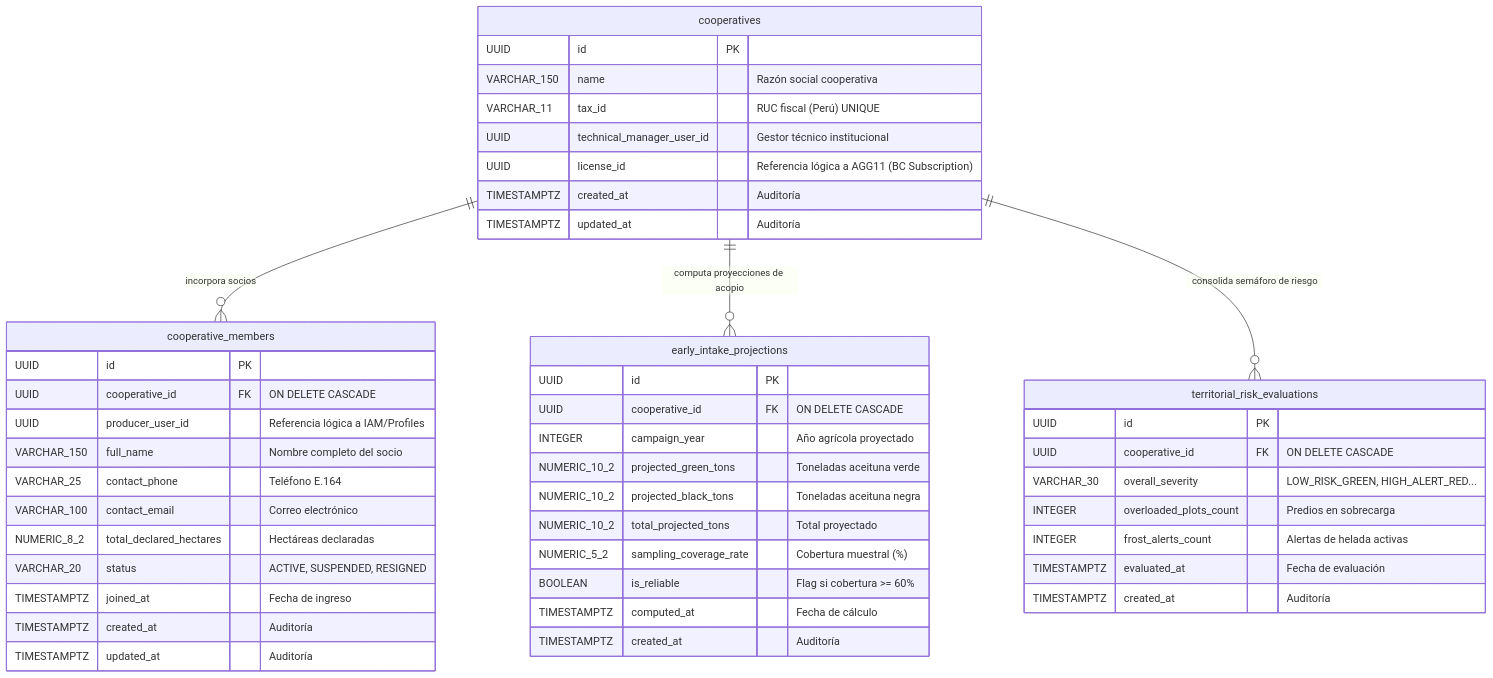
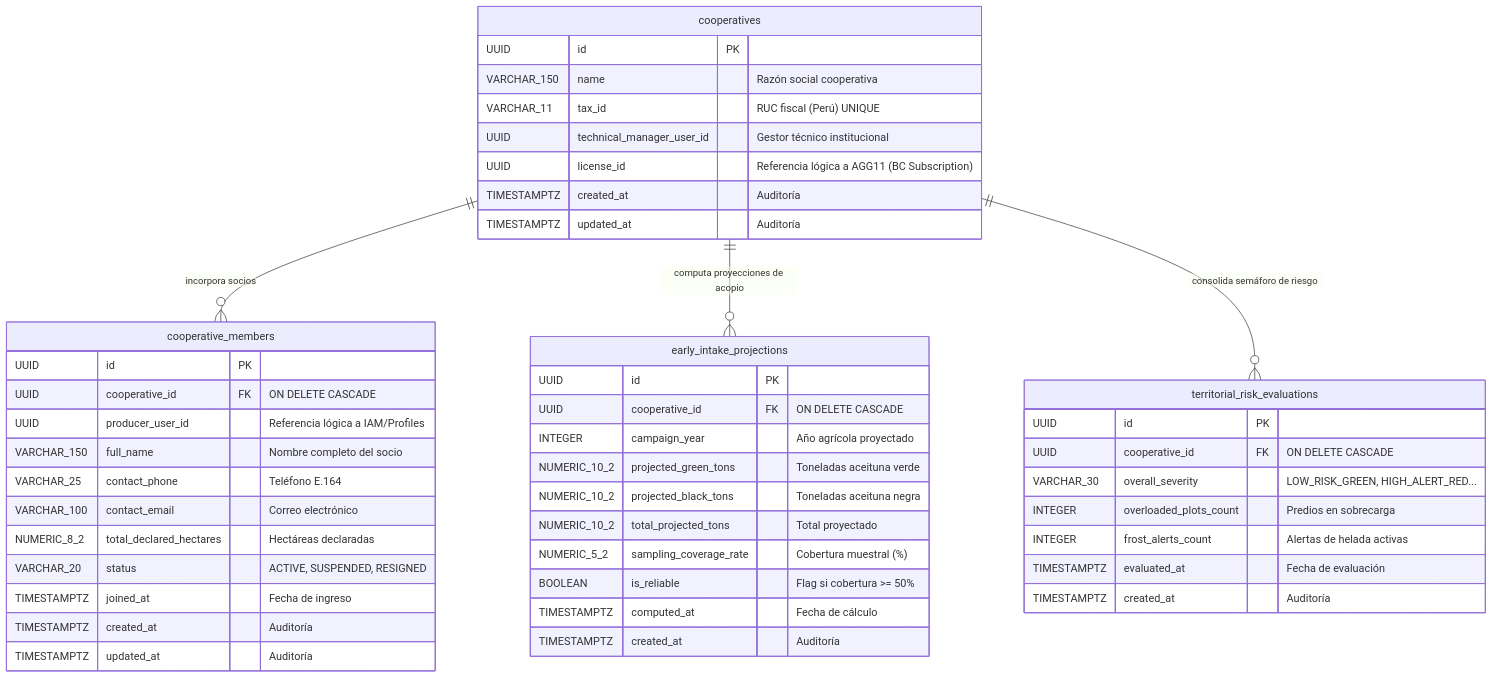
One commit to upc-pre-1acc0238-2620-4951-arcadiadevs/viora-report changed the third of 5 diagrams in docs/tactical-ddd/cooperative-operations-tactical-ddd.md. Above: the diagram before and after it, drawn with Mermaid. The commit also changed other lines of this file and 6 other files, not shown here.

````diff
--- a/docs/tactical-ddd/cooperative-operations-tactical-ddd.md
+++ b/docs/tactical-ddd/cooperative-operations-tactical-ddd.md
@@ -565,54 +565,54 @@
 ```mermaid
 erDiagram
     cooperatives {
         UUID id PK
         VARCHAR_150 name "Razón social cooperativa"
         VARCHAR_11 tax_id "RUC fiscal (Perú) UNIQUE"
         UUID technical_manager_user_id "Gestor técnico institucional"
         UUID license_id "Referencia lógica a AGG11 (BC Subscription)"
 
         TIMESTAMPTZ created_at "Auditoría"
         TIMESTAMPTZ updated_at "Auditoría"
     }
 
     cooperative_members {
         UUID id PK
         UUID cooperative_id FK "ON DELETE CASCADE"
         UUID producer_user_id "Referencia lógica a IAM/Profiles"
         VARCHAR_150 full_name "Nombre completo del socio"
         VARCHAR_25 contact_phone "Teléfono E.164"
         VARCHAR_100 contact_email "Correo electrónico"
         NUMERIC_8_2 total_declared_hectares "Hectáreas declaradas"
         VARCHAR_20 status "ACTIVE, SUSPENDED, RESIGNED"
         TIMESTAMPTZ joined_at "Fecha de ingreso"
         TIMESTAMPTZ created_at "Auditoría"
         TIMESTAMPTZ updated_at "Auditoría"
     }
 
     early_intake_projections {
         UUID id PK
         UUID cooperative_id FK "ON DELETE CASCADE"
         INTEGER campaign_year "Año agrícola proyectado"
         NUMERIC_10_2 projected_green_tons "Toneladas aceituna verde"
         NUMERIC_10_2 projected_black_tons "Toneladas aceituna negra"
         NUMERIC_10_2 total_projected_tons "Total proyectado"
         NUMERIC_5_2 sampling_coverage_rate "Cobertura muestral (%)"
-        BOOLEAN is_reliable "Flag si cobertura >= 60%"
+        BOOLEAN is_reliable "Flag si cobertura >= 50%"
         TIMESTAMPTZ computed_at "Fecha de cálculo"
         TIMESTAMPTZ created_at "Auditoría"
     }
 
     territorial_risk_evaluations {
         UUID id PK
         UUID cooperative_id FK "ON DELETE CASCADE"
         VARCHAR_30 overall_severity "LOW_RISK_GREEN, HIGH_ALERT_RED..."
         INTEGER overloaded_plots_count "Predios en sobrecarga"
         INTEGER frost_alerts_count "Alertas de helada activas"
         TIMESTAMPTZ evaluated_at "Fecha de evaluación"
         TIMESTAMPTZ created_at "Auditoría"
     }
 
     cooperatives ||--o{ cooperative_members : "incorpora socios"
     cooperatives ||--o{ early_intake_projections : "computa proyecciones de acopio"
     cooperatives ||--o{ territorial_risk_evaluations : "consolida semáforo de riesgo"
 ```
````
